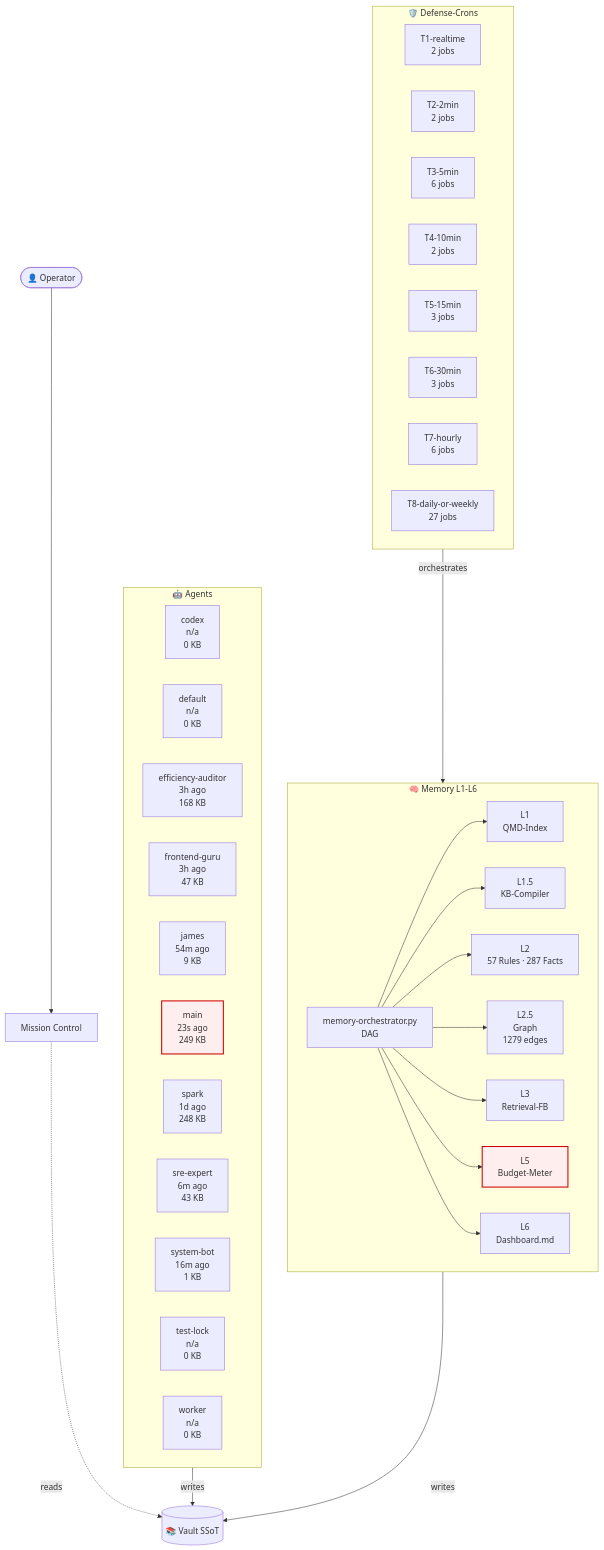
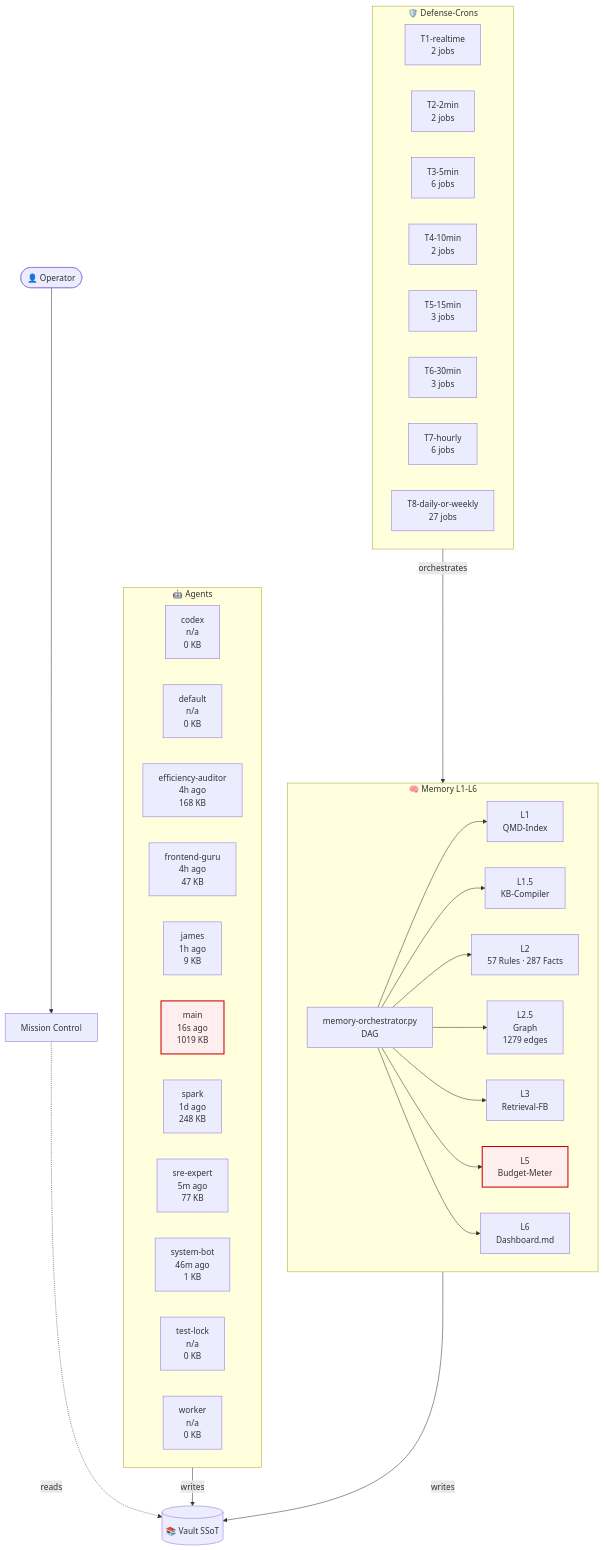
Before and after one commit to lenardhuebner88-rgb/openclaw-memory: the diagram in 03-Agents/architecture-live.md, drawn with Mermaid. The commit also changed other lines of this file and 3 other files, not shown here.

````diff
--- a/03-Agents/architecture-live.md
+++ b/03-Agents/architecture-live.md
@@ -18,54 +18,54 @@
 ```mermaid
 flowchart TB
     classDef critical fill:#fee,stroke:#c00,stroke-width:2px;
     subgraph AGT["🤖 Agents"]
         agent_codex["codex<br/>n/a<br/>0 KB"]
         agent_default["default<br/>n/a<br/>0 KB"]
-        agent_efficiency_auditor["efficiency-auditor<br/>3h ago<br/>168 KB"]
-        agent_frontend_guru["frontend-guru<br/>3h ago<br/>47 KB"]
-        agent_james["james<br/>54m ago<br/>9 KB"]
-        agent_main["main<br/>23s ago<br/>249 KB"]
+        agent_efficiency_auditor["efficiency-auditor<br/>4h ago<br/>168 KB"]
+        agent_frontend_guru["frontend-guru<br/>4h ago<br/>47 KB"]
+        agent_james["james<br/>1h ago<br/>9 KB"]
+        agent_main["main<br/>16s ago<br/>1019 KB"]
         agent_spark["spark<br/>1d ago<br/>248 KB"]
-        agent_sre_expert["sre-expert<br/>6m ago<br/>43 KB"]
-        agent_system_bot["system-bot<br/>16m ago<br/>1 KB"]
+        agent_sre_expert["sre-expert<br/>5m ago<br/>77 KB"]
+        agent_system_bot["system-bot<br/>46m ago<br/>1 KB"]
         agent_test_lock["test-lock<br/>n/a<br/>0 KB"]
         agent_worker["worker<br/>n/a<br/>0 KB"]
     end
     subgraph MEM["🧠 Memory L1-L6"]
         L1["L1<br/>QMD-Index"]
         L15["L1.5<br/>KB-Compiler"]
         L2["L2<br/>57 Rules · 287 Facts"]
         L25["L2.5<br/>Graph<br/>1279 edges"]
         L3["L3<br/>Retrieval-FB"]
         L5["L5<br/>Budget-Meter"]
         L6["L6<br/>Dashboard.md"]
         ORCH["memory-orchestrator.py<br/>DAG"]
     end
     subgraph CRN["🛡️ Defense-Crons"]
         tier_T1_realtime["T1-realtime<br/>2 jobs"]
         tier_T2_2min["T2-2min<br/>2 jobs"]
         tier_T3_5min["T3-5min<br/>6 jobs"]
         tier_T4_10min["T4-10min<br/>2 jobs"]
         tier_T5_15min["T5-15min<br/>3 jobs"]
         tier_T6_30min["T6-30min<br/>3 jobs"]
         tier_T7_hourly["T7-hourly<br/>6 jobs"]
         tier_T8_daily_or_weekly["T8-daily-or-weekly<br/>27 jobs"]
     end
     VAULT[("📚 Vault SSoT")]
     OP([👤 Operator])
     MC["Mission Control"]
     OP --> MC
     MC -.reads.-> VAULT
     AGT -->|writes| VAULT
     MEM -->|writes| VAULT
     ORCH --> L1
     ORCH --> L15
     ORCH --> L2
     ORCH --> L25
     ORCH --> L3
     ORCH --> L5
     ORCH --> L6
     CRN -->|orchestrates| MEM
     class L5 critical
     class agent_main critical
 ```
````
